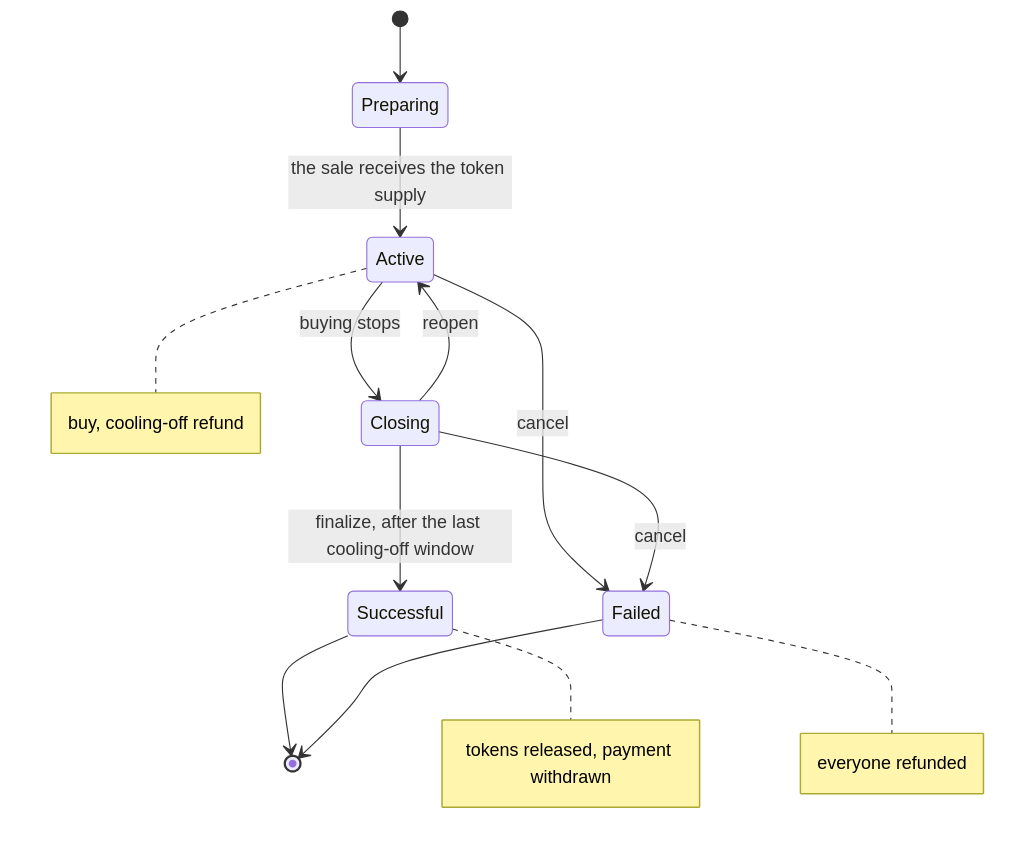
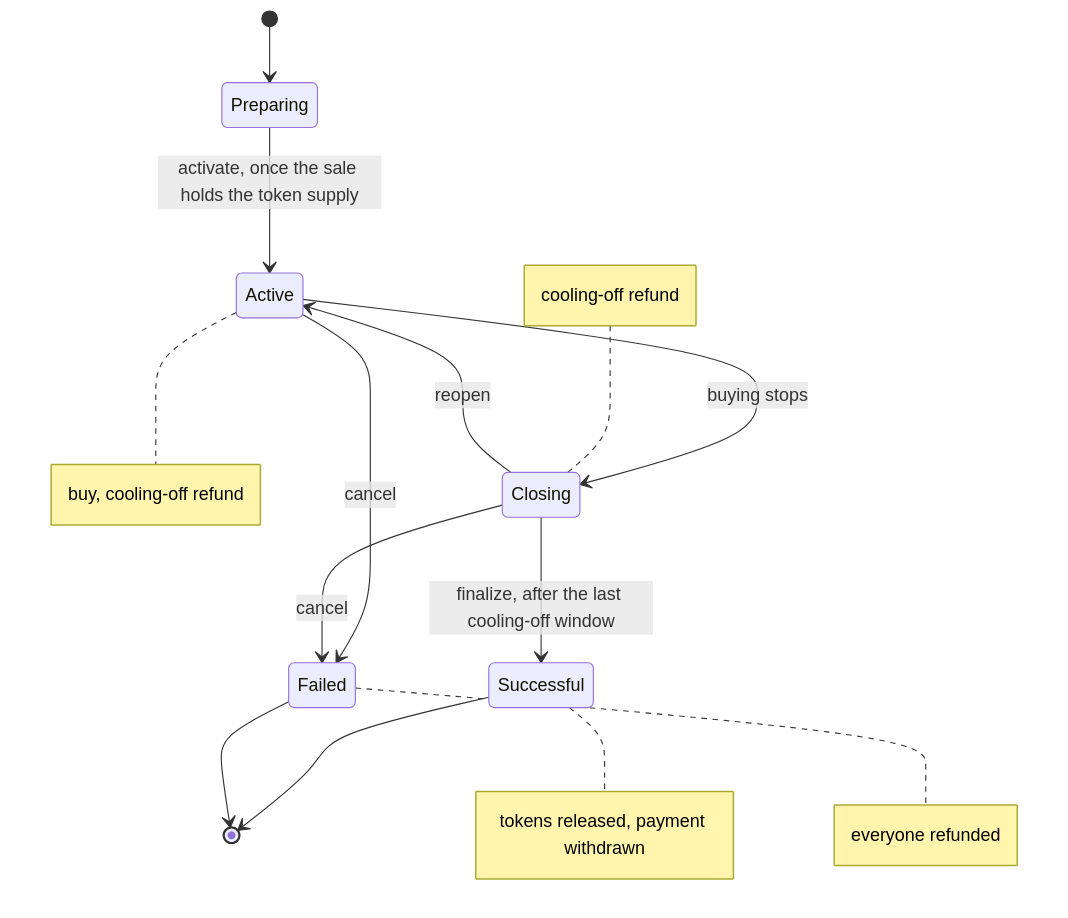
One commit to BWB-Labs/bwb-stellar changed the second of 2 diagrams in README.md. Above: the diagram before and after it, drawn with Mermaid. The commit also changed other lines of this file and 1 other file, not shown here.

````diff
--- a/README.md
+++ b/README.md
@@ -47,16 +48,17 @@
 ```mermaid
 stateDiagram-v2
   [*] --> Preparing
-  Preparing --> Active: the sale receives the token supply
+  Preparing --> Active: activate, once the sale holds the token supply
   Active --> Closing: buying stops
   Closing --> Active: reopen
   Closing --> Successful: finalize, after the last cooling-off window
   Active --> Failed: cancel
   Closing --> Failed: cancel
   Successful --> [*]
   Failed --> [*]
 
   note right of Active : buy, cooling-off refund
+  note left of Closing : cooling-off refund
   note right of Successful : tokens released, payment withdrawn
   note right of Failed : everyone refunded
 ```
````
